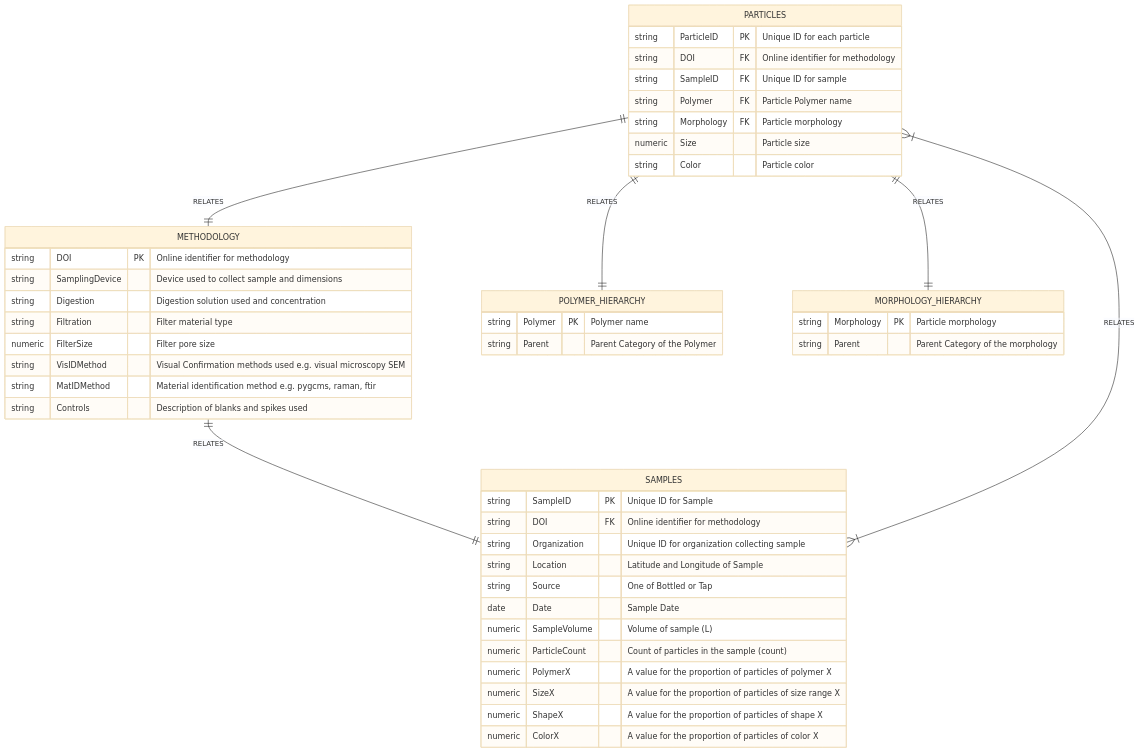
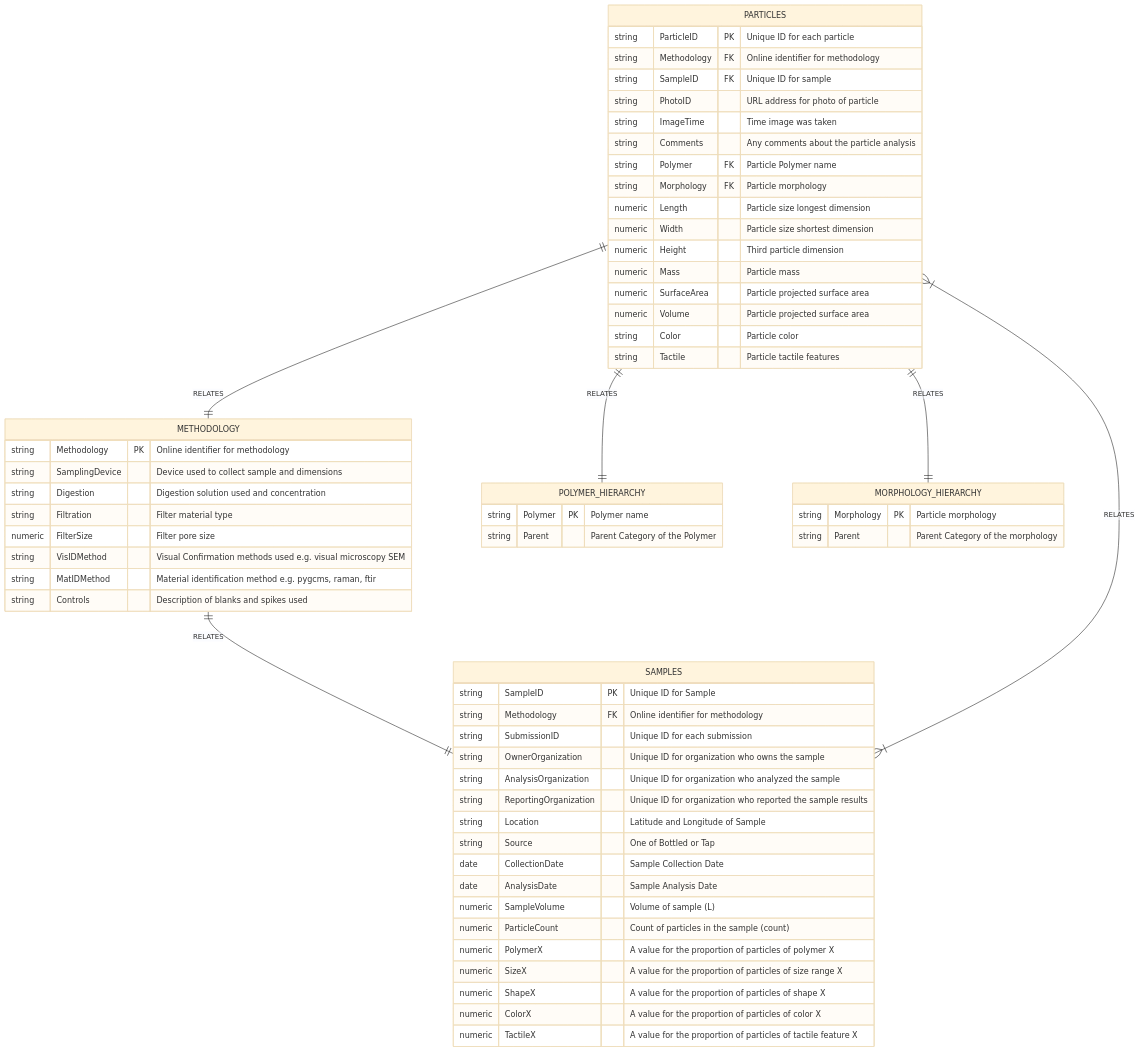
The first of 3 diagrams in README.md (Moore-Institute-4-Plastic-Pollution-Res/Microplastic_Data_Portal), drawn with Mermaid (base theme) before and after one commit.

Commit message:
Added suggested additions to schema

````diff
--- a/README.md
+++ b/README.md
@@ -31,56 +31,70 @@
 ```mermaid
 erDiagram
     METHODOLOGY ||--|| SAMPLES : RELATES
     PARTICLES ||--|| METHODOLOGY : RELATES
     PARTICLES }|--|{ SAMPLES : RELATES
-	PARTICLES ||--|| POLYMER_HIERARCHY : RELATES
+    PARTICLES ||--|| POLYMER_HIERARCHY : RELATES
     PARTICLES ||--|| MORPHOLOGY_HIERARCHY : RELATES
 
     SAMPLES {
         string SampleID PK "Unique ID for Sample" 
-        string DOI FK "Online identifier for methodology"
-        string Organization "Unique ID for organization collecting sample"
+        string Methodology FK "Online identifier for methodology"
+	string SubmissionID "Unique ID for each submission"
+        string OwnerOrganization "Unique ID for organization who owns the sample"
+        string AnalysisOrganization "Unique ID for organization who analyzed the sample"
+        string ReportingOrganization "Unique ID for organization who reported the sample results"
         string Location "Latitude and Longitude of Sample"
         string Source "One of Bottled or Tap"
-        date Date "Sample Date"
-        numeric SampleVolume "Volume of sample (L)"
+        date CollectionDate "Sample Collection Date"
+        date AnalysisDate "Sample Analysis Date"
+	numeric SampleVolume "Volume of sample (L)"
         numeric ParticleCount "Count of particles in the sample (count)"
         numeric PolymerX "A value for the proportion of particles of polymer X"
         numeric SizeX "A value for the proportion of particles of size range X"
         numeric ShapeX "A value for the proportion of particles of shape X"
         numeric ColorX "A value for the proportion of particles of color X"
+        numeric TactileX "A value for the proportion of particles of tactile feature X"
     }
     
     PARTICLES {
         string ParticleID PK "Unique ID for each particle" 
-        string DOI FK "Online identifier for methodology"
+        string Methodology FK "Online identifier for methodology"
         string SampleID FK "Unique ID for sample" 
+	string PhotoID "URL address for photo of particle"
+	string ImageTime "Time image was taken"
+	string Comments "Any comments about the particle analysis"
         string Polymer FK "Particle Polymer name"
         string Morphology FK "Particle morphology"
-        numeric Size "Particle size"
+        numeric Length "Particle size longest dimension"
+        numeric Width "Particle size shortest dimension"
+	numeric Height "Third particle dimension"
+	numeric Mass "Particle mass"
+        numeric SurfaceArea "Particle projected surface area"
+        numeric Volume "Particle projected surface area"
         string Color "Particle color"
+        string Tactile "Particle tactile features"
     }
     
     METHODOLOGY {
-        string DOI PK "Online identifier for methodology"
+        string Methodology PK "Online identifier for methodology"
         string SamplingDevice "Device used to collect sample and dimensions"
         string Digestion "Digestion solution used and concentration"
         string Filtration "Filter material type"
         numeric FilterSize "Filter pore size"
         string VisIDMethod "Visual Confirmation methods used e.g. visual microscopy SEM"
         string MatIDMethod "Material identification method e.g. pygcms, raman, ftir"
         string Controls "Description of blanks and spikes used"
     } 
       POLYMER_HIERARCHY {
         string Polymer PK "Polymer name"
         string Parent "Parent Category of the Polymer"
     }   
     
     MORPHOLOGY_HIERARCHY {
         string Morphology PK "Particle morphology"
         string Parent "Parent Category of the morphology"
     }   
     
   
     
 ```
````
